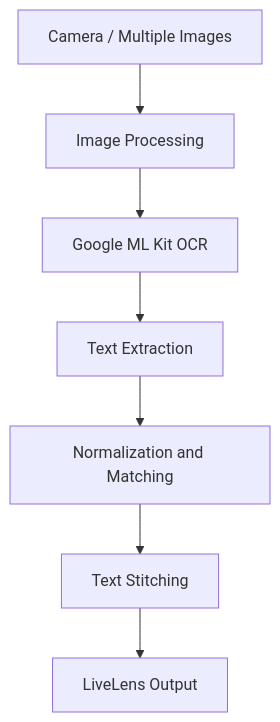
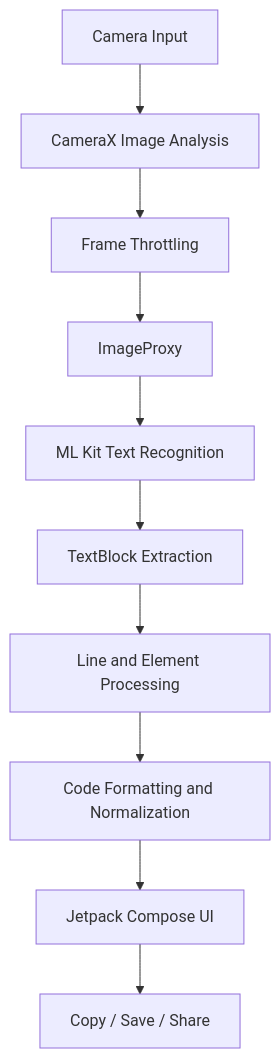
Before and after one commit to KrupalWarale/LiveLens-A-advanced-live-OCR: the diagram in README.md, drawn with Mermaid. The commit also changed other lines of this file, not shown here.

First line of the commit message:
Revise README for improved clarity and formatting

````diff
--- a/README.md
+++ b/README.md
@@ -50,9 +105,12 @@
 ```mermaid
 flowchart TD
-    A[Camera / Multiple Images] --> B[Image Processing]
-    B --> C[Google ML Kit OCR]
-    C --> D[Text Extraction]
-    D --> E[Normalization and Matching]
-    E --> F[Text Stitching]
-    F --> G[LiveLens Output]
+    A[Camera Input] --> B[CameraX Image Analysis]
+    B --> C[Frame Throttling]
+    C --> D[ImageProxy]
+    D --> E[ML Kit Text Recognition]
+    E --> F[TextBlock Extraction]
+    F --> G[Line and Element Processing]
+    G --> H[Code Formatting and Normalization]
+    H --> I[Jetpack Compose UI]
+    I --> J[Copy / Save / Share]
 ```
````
